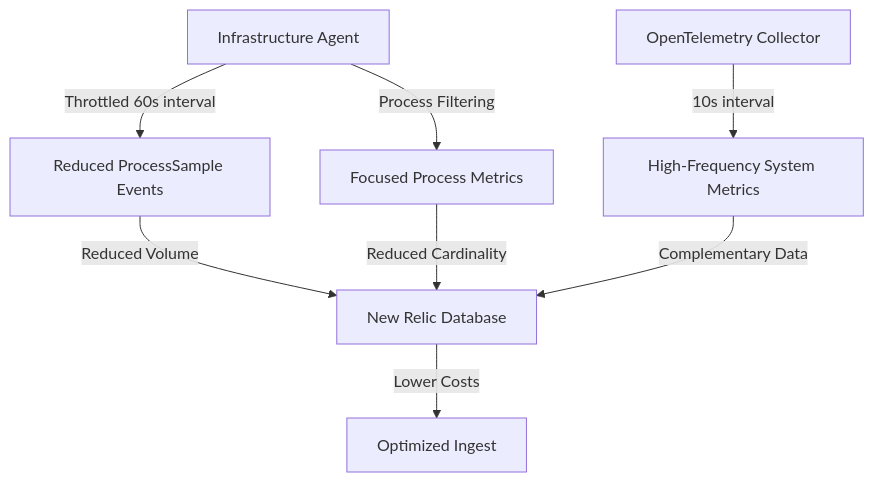
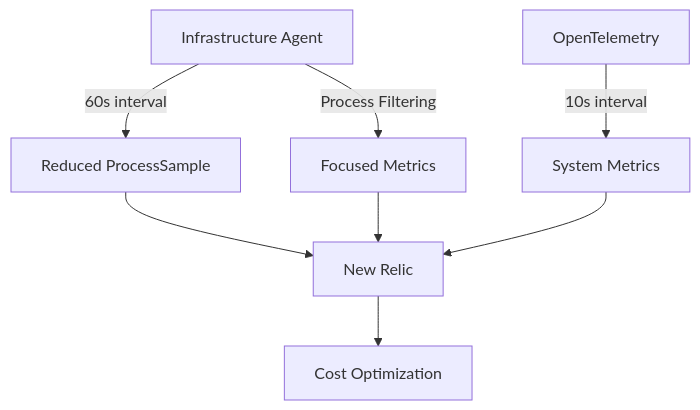
Before and after one commit to deepaucksharma/nrdot-lab: the diagram in docs/concepts.md, drawn with Mermaid. The commit also changed other lines of this file and 12 other files, not shown here.

````diff
--- a/docs/concepts.md
+++ b/docs/concepts.md
@@ -84,10 +45,10 @@
 ```mermaid
 flowchart TD
-    A[Infrastructure Agent] -->|Throttled 60s interval| B[Reduced ProcessSample Events]
-    A -->|Process Filtering| C[Focused Process Metrics]
-    D[OpenTelemetry Collector] -->|10s interval| E[High-Frequency System Metrics]
-    B -->|Reduced Volume| F[New Relic Database]
-    C -->|Reduced Cardinality| F
-    E -->|Complementary Data| F
-    F -->|Lower Costs| G[Optimized Ingest]
+    A[Infrastructure Agent] -->|60s interval| B[Reduced ProcessSample]
+    A -->|Process Filtering| C[Focused Metrics]
+    D[OpenTelemetry] -->|10s interval| E[System Metrics]
+    B --> F[New Relic]
+    C --> F
+    E --> F
+    F --> G[Cost Optimization]
 ```
````
